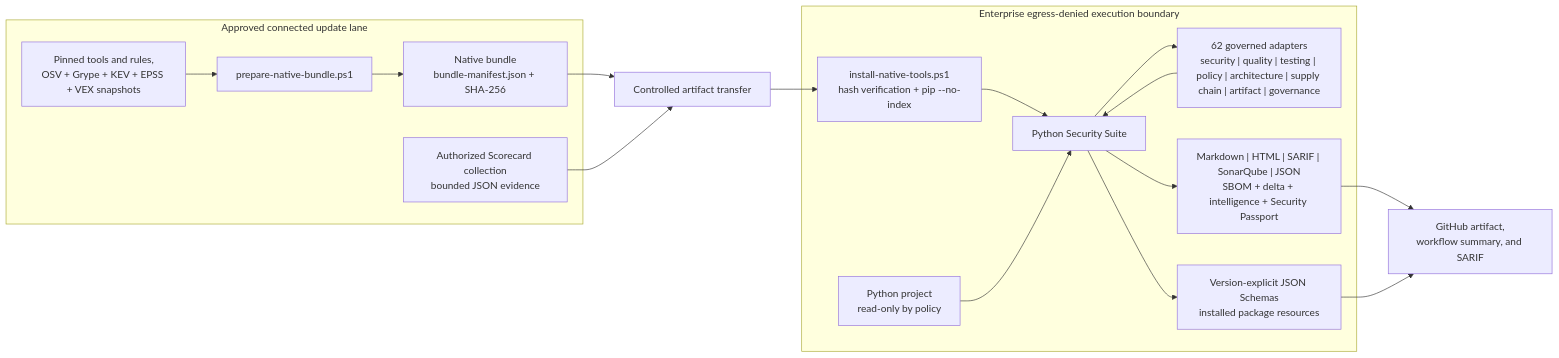
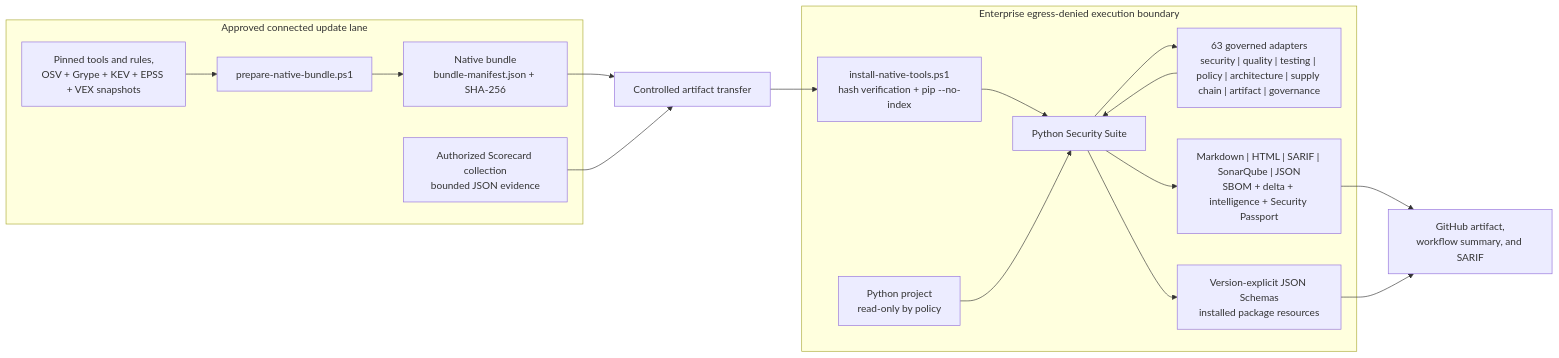
One commit to willtran87/project-py-security-suite changed the first of 9 diagrams in docs/design.md. Above: the diagram before and after it, drawn with Mermaid. The commit also changed other lines of this file and 24 other files, not shown here.

````diff
--- a/docs/design.md
+++ b/docs/design.md
@@ -29,34 +29,34 @@
 ```mermaid
 flowchart LR
     subgraph Connected["Approved connected update lane"]
         Prep["prepare-native-bundle.ps1"]
         Sources["Pinned tools and rules,<br/>OSV + Grype + KEV + EPSS + VEX snapshots"]
         ScorecardCollect["Authorized Scorecard collection<br/>bounded JSON evidence"]
         Bundle["Native bundle<br/>bundle-manifest.json + SHA-256"]
         Sources --> Prep --> Bundle
     end
 
     Transfer["Controlled artifact transfer"]
 
     subgraph Boundary["Enterprise egress-denied execution boundary"]
         Install["install-native-tools.ps1<br/>hash verification + pip --no-index"]
         Project["Python project<br/>read-only by policy"]
         Suite["Python Security Suite"]
-        Scanners["62 governed adapters<br/>security | quality | testing | policy | architecture | supply chain | artifact | governance"]
+        Scanners["63 governed adapters<br/>security | quality | testing | policy | architecture | supply chain | artifact | governance"]
         Reports["Markdown | HTML | SARIF | SonarQube | JSON<br/>SBOM + delta + intelligence + Security Passport"]
         Contracts["Version-explicit JSON Schemas<br/>installed package resources"]
         Install --> Suite
         Project --> Suite
         Suite --> Scanners
         Scanners --> Suite
         Suite --> Reports
         Suite --> Contracts
     end
 
     GitHub["GitHub artifact,<br/>workflow summary, and SARIF"]
 
     Bundle --> Transfer --> Install
     ScorecardCollect --> Transfer
     Reports --> GitHub
     Contracts --> GitHub
 ```
````
